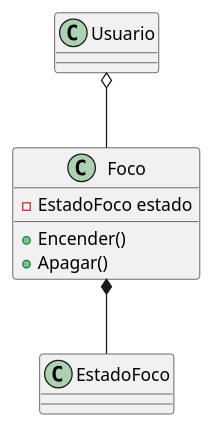
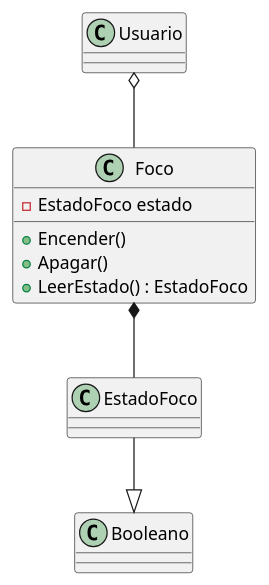
One commit to dafners/3E261-SegundoParcial changed the diagram in docs/foco.puml. Above: the diagram before and after it, drawn with PlantUML. The commit also changed 5 other files, not shown here.

```diff
--- a/docs/foco.puml
+++ b/docs/foco.puml
@@ -1,16 +1,18 @@
-@startuml
+@startuml foco
 
 class Usuario
 
 class Foco {
 - EstadoFoco estado
 + Encender()
 + Apagar()
++ LeerEstado() : EstadoFoco
 }
 
-class EstadoFoco
+class EstadoFoco 
 
 Usuario o-- Foco
 Foco *-- EstadoFoco
+EstadoFoco --|> Booleano
 
 @enduml
```
